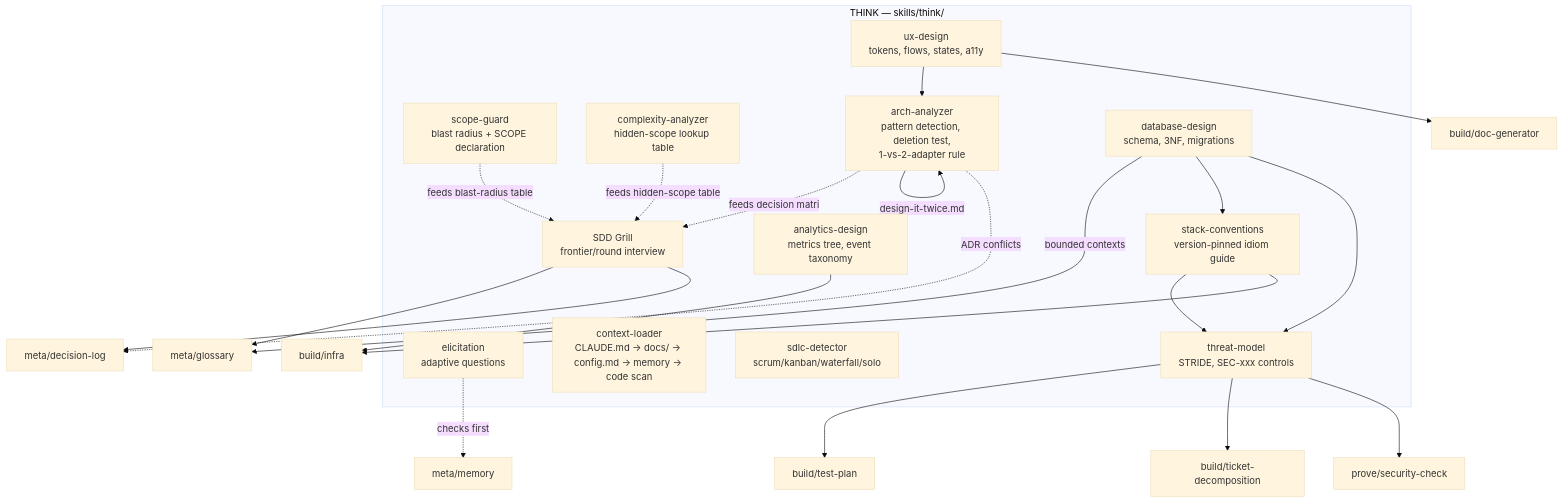
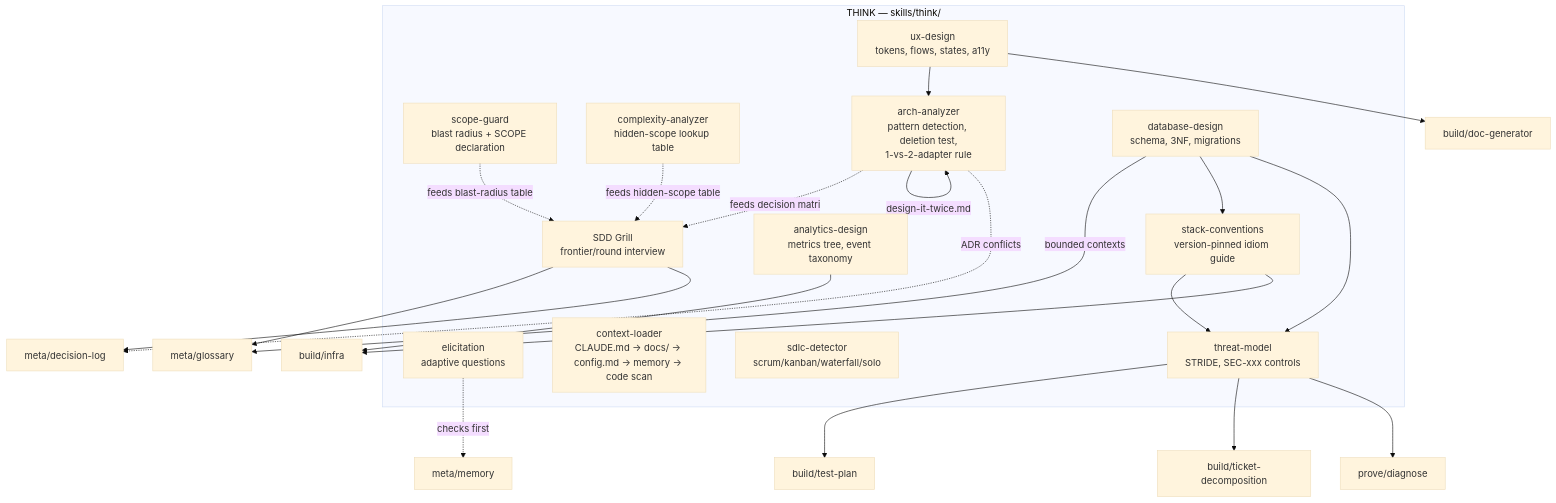
Before and after one commit to fprtm/sdd-pipeline: the third of 14 diagrams in docs/ARCHITECTURE.md, drawn with Mermaid (base theme). The commit also changed other lines of this file and 107 other files, not shown here.

````diff
--- a/docs/ARCHITECTURE.md
+++ b/docs/ARCHITECTURE.md
@@ -107,37 +107,37 @@
 ```mermaid
 flowchart TD
     subgraph THINK["THINK — skills/think/"]
         ELI["elicitation\nadaptive questions"]
         CTX["context-loader\nCLAUDE.md → docs/ → config.md → memory → code scan"]
         SCOPE["scope-guard\nblast radius + SCOPE declaration"]
         CPLX["complexity-analyzer\nhidden-scope lookup table"]
         SDLCD["sdlc-detector\nscrum/kanban/waterfall/solo"]
         ARCH["arch-analyzer\npattern detection, deletion test,\n1-vs-2-adapter rule"]
         THREAT["threat-model\nSTRIDE, SEC-xxx controls"]
         DB["database-design\nschema, 3NF, migrations"]
         UX["ux-design\ntokens, flows, states, a11y"]
         STACK["stack-conventions\nversion-pinned idiom guide"]
         ANLY["analytics-design\nmetrics tree, event taxonomy"]
         GRILL["SDD Grill\nfrontier/round interview"]
     end
 
     CPLX -.feeds hidden-scope table.-> GRILL
     SCOPE -.feeds blast-radius table.-> GRILL
     ARCH -.feeds decision matrix.-> GRILL
     ARCH -->|"design-it-twice.md"| ARCH
     ARCH -.ADR conflicts.-> DEC["meta/decision-log"]
     DB -->|"bounded contexts"| GLOS["meta/glossary"]
     DB --> STACK
     DB --> THREAT
     STACK --> THREAT
     STACK --> INFRA["build/infra"]
     THREAT --> TESTPLAN["build/test-plan"]
     THREAT --> TICKETS["build/ticket-decomposition"]
-    THREAT --> SECCHECK["prove/security-check"]
+    THREAT --> SECCHECK["prove/diagnose"]
     UX --> ARCH
     UX --> DOCGEN["build/doc-generator"]
     ANLY --> INFRA
     GRILL --> GLOS
     GRILL --> DEC
     ELI -.checks first.-> MEM["meta/memory"]
 ```
````
